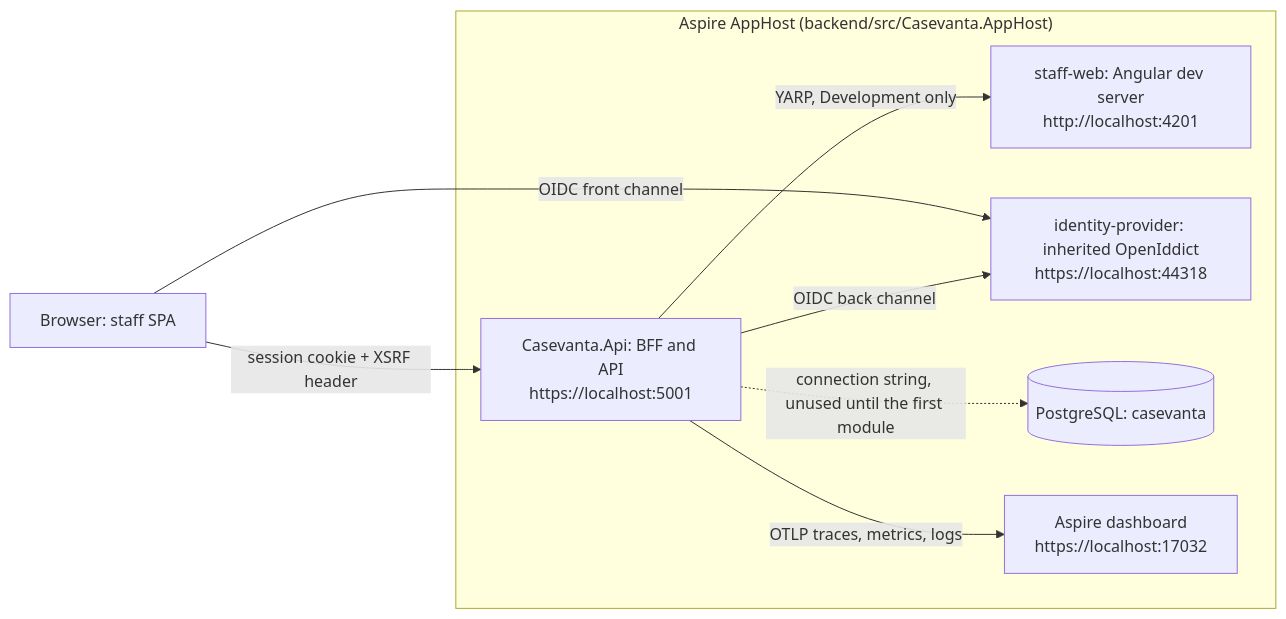
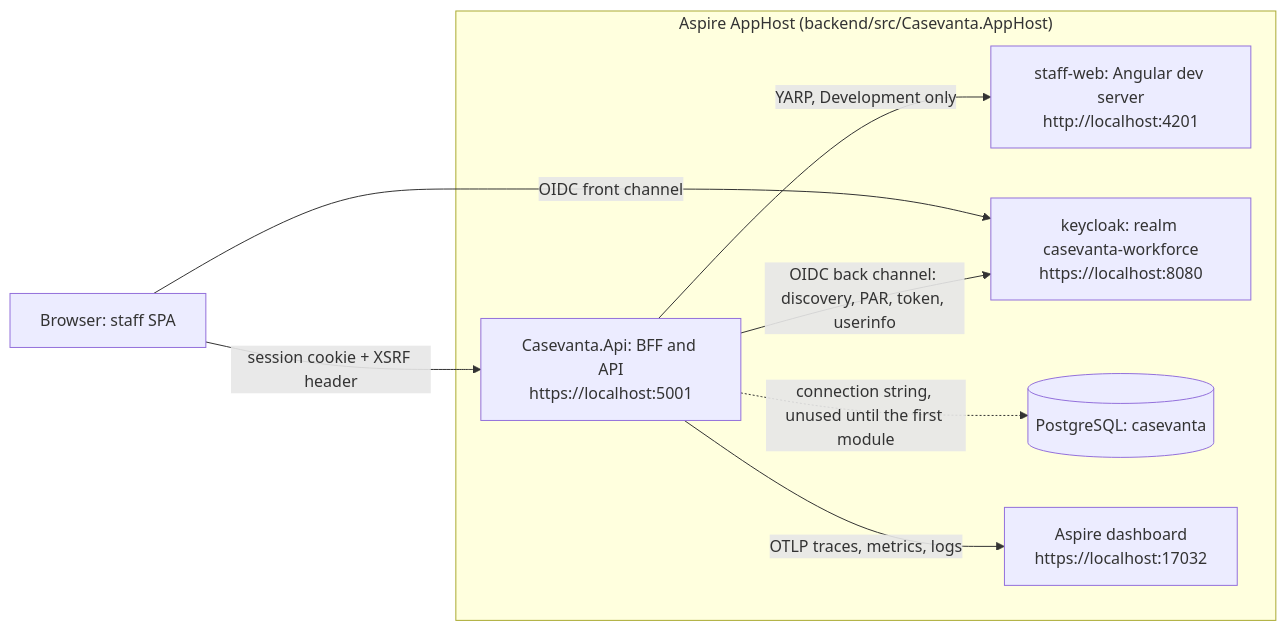
Before and after one commit to MP-Portfolio-Lab/casevanta: the diagram in docs/architecture/overview.md, drawn with Mermaid. The commit also changed other lines of this file and 3 other files, not shown here.

````diff
--- a/docs/architecture/overview.md
+++ b/docs/architecture/overview.md
@@ -13,18 +13,18 @@
 ```mermaid
 flowchart LR
     browser["Browser: staff SPA"]
     subgraph aspire["Aspire AppHost (backend/src/Casevanta.AppHost)"]
         api["Casevanta.Api: BFF and API<br/>https://localhost:5001"]
         web["staff-web: Angular dev server<br/>http://localhost:4201"]
-        idp["identity-provider: inherited OpenIddict<br/>https://localhost:44318"]
+        idp["keycloak: realm casevanta-workforce<br/>https://localhost:8080"]
         pg[("PostgreSQL: casevanta")]
         dash["Aspire dashboard<br/>https://localhost:17032"]
     end
 
     browser -- "session cookie + XSRF header" --> api
     browser -- "OIDC front channel" --> idp
     api -- "YARP, Development only" --> web
-    api -- "OIDC back channel" --> idp
+    api -- "OIDC back channel: discovery, PAR, token, userinfo" --> idp
     api -. "connection string, unused until the first module" .-> pg
     api -- "OTLP traces, metrics, logs" --> dash
 ```
````
